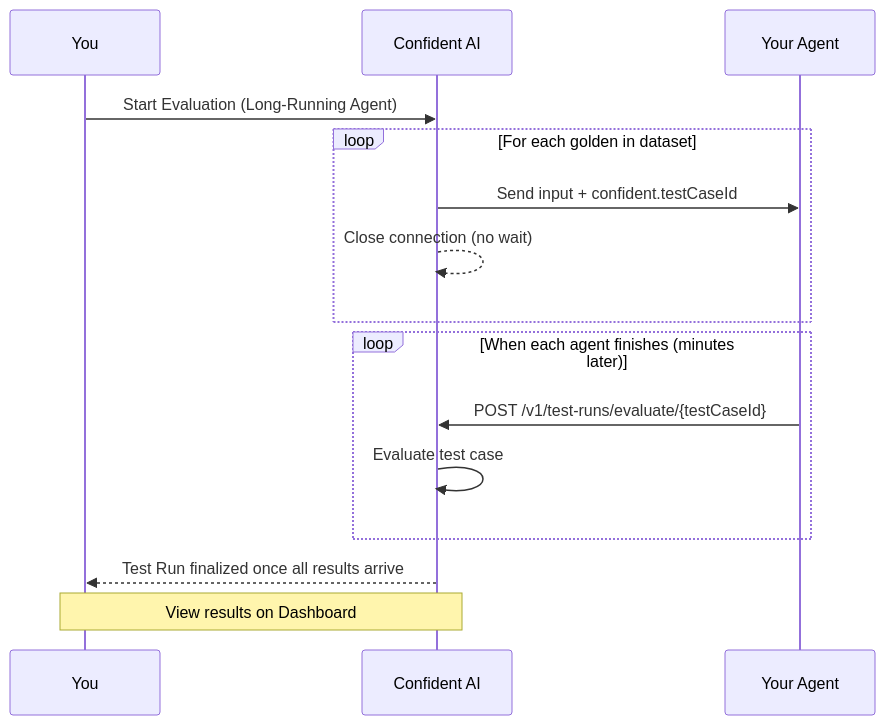
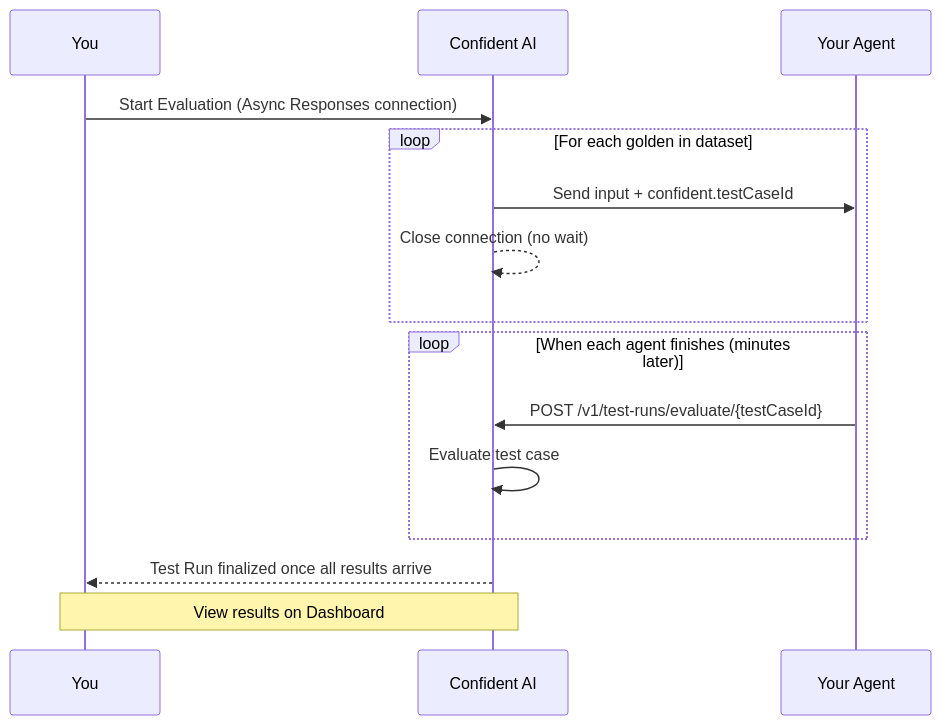
Before and after one commit to confident-ai/confident-docs: the second of 2 diagrams in fern/docs/pages/llm-evaluation/no-code/single-turn.mdx, drawn with Mermaid. The commit also changed other lines of this file and 2 other files, not shown here.

Commit message:
update async response evals paths

````diff
--- a/fern/docs/pages/llm-evaluation/no-code/single-turn.mdx
+++ b/fern/docs/pages/llm-evaluation/no-code/single-turn.mdx
@@ -179,21 +201,21 @@
 ```mermaid
 sequenceDiagram
     participant User as You
     participant Platform as Confident AI
     participant AI as Your Agent
 
-    User->>Platform: Start Evaluation (Long-Running Agent)
+    User->>Platform: Start Evaluation (Async Responses connection)
 
     loop For each golden in dataset
         Platform->>AI: Send input + confident.testCaseId
         Platform-->>Platform: Close connection (no wait)
     end
 
     loop When each agent finishes (minutes later)
         AI->>Platform: POST /v1/test-runs/evaluate/{testCaseId}
         Platform->>Platform: Evaluate test case
     end
 
     Platform-->>User: Test Run finalized once all results arrive
     Note over User,Platform: View results on Dashboard
 ```
````
